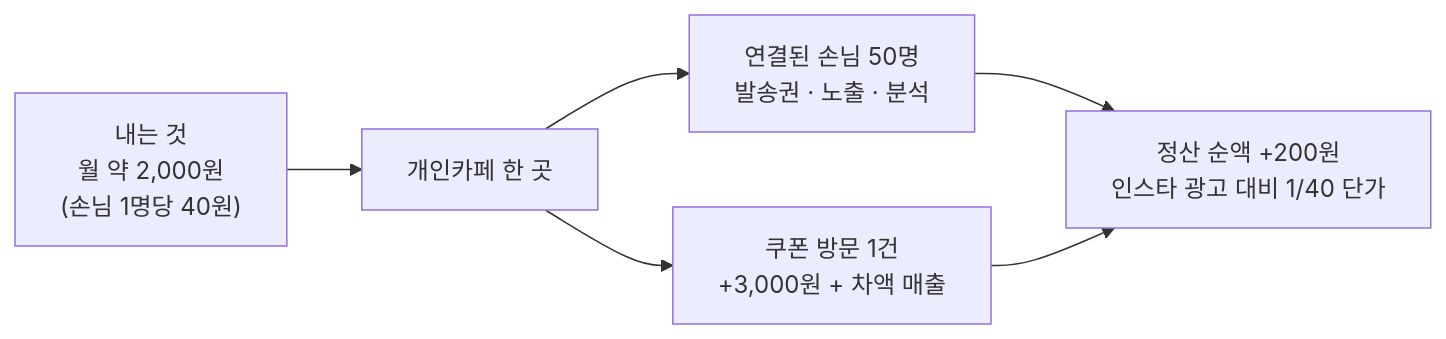
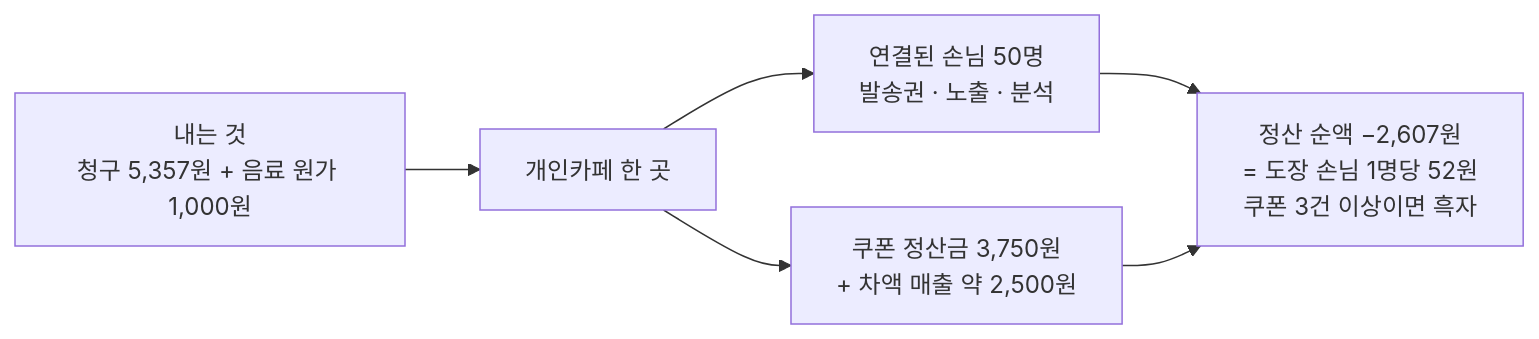
One commit to new-rim/cafe-stamp-service changed the second of 3 diagrams in 아이디에이션/스탬프_혜택_정책_아이디에이션.md. Above: the diagram before and after it, drawn with Mermaid. The commit also changed other lines of this file and 1 other file, not shown here.

````diff
--- a/아이디에이션/스탬프_혜택_정책_아이디에이션.md
+++ b/아이디에이션/스탬프_혜택_정책_아이디에이션.md
@@ -358,8 +421,8 @@
 ```mermaid
 flowchart LR
-    OUT["내는 것<br/>월 약 2,000원<br/>(손님 1명당 40원)"] --> CAFE["개인카페 한 곳"]
+    OUT["내는 것<br/>청구 5,357원 + 음료 원가 1,000원"] --> CAFE["개인카페 한 곳"]
     CAFE --> IN1["연결된 손님 50명<br/>발송권 · 노출 · 분석"]
-    CAFE --> IN2["쿠폰 방문 1건<br/>+3,000원 + 차액 매출"]
-    IN1 --> RESULT["정산 순액 +200원<br/>인스타 광고 대비 1/40 단가"]
+    CAFE --> IN2["쿠폰 정산금 3,750원<br/>+ 차액 매출 약 2,500원"]
+    IN1 --> RESULT["정산 순액 −2,607원<br/>= 도장 손님 1명당 52원<br/>쿠폰 3건 이상이면 흑자"]
     IN2 --> RESULT
 ```
````
